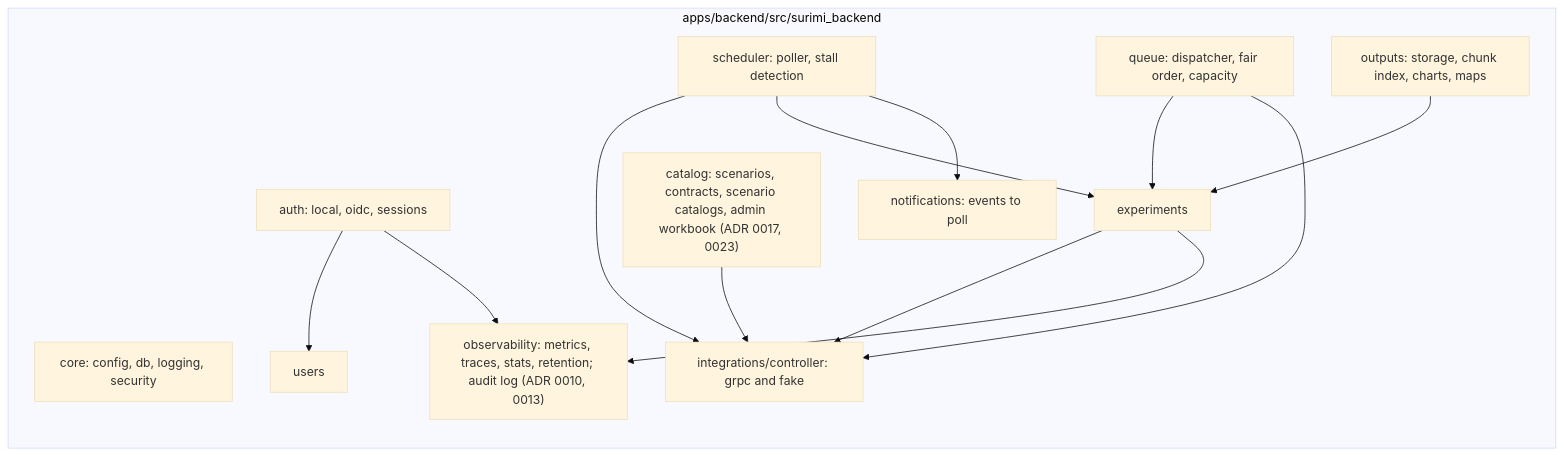
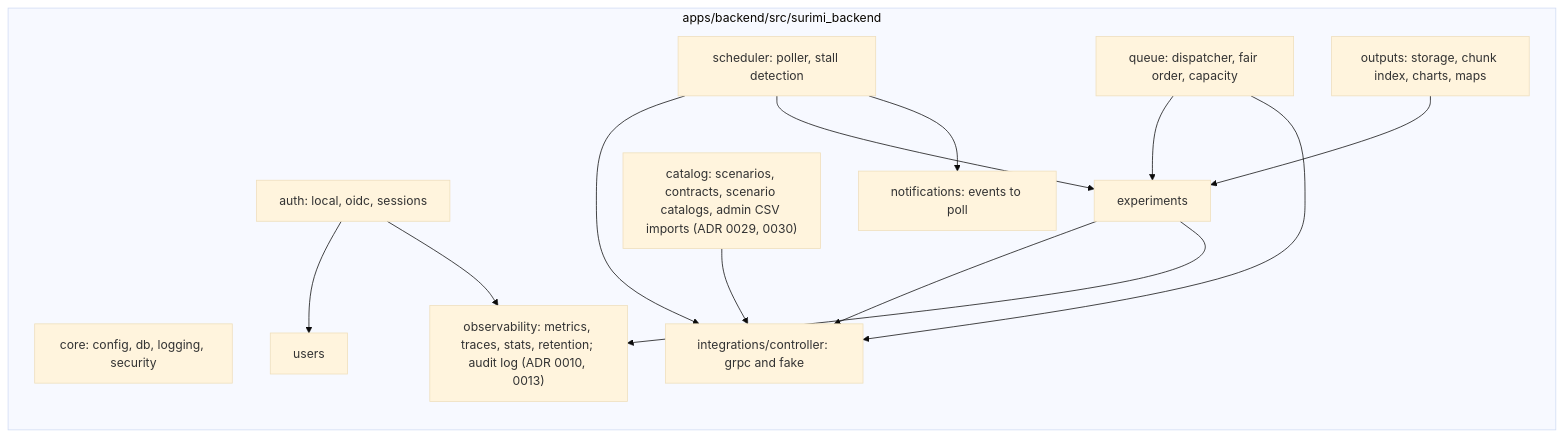
One commit to SURIMI-Project/SURIMI-modelgui changed the fourth of 9 diagrams in docs/ARCHITECTURE.md. Above: the diagram before and after it, drawn with Mermaid (base theme). The commit also changed other lines of this file and 78 other files, not shown here.

````diff
--- a/docs/ARCHITECTURE.md
+++ b/docs/ARCHITECTURE.md
@@ -207,27 +207,27 @@
 ```mermaid
 flowchart LR
     subgraph backend [apps/backend/src/surimi_backend]
         core["core: config, db, logging, security"]
         auth["auth: local, oidc, sessions"]
         users["users"]
-        catalog["catalog: scenarios, contracts, scenario catalogs, admin workbook (ADR 0017, 0023)"]
+        catalog["catalog: scenarios, contracts, scenario catalogs, admin CSV imports (ADR 0029, 0030)"]
         exp["experiments"]
         sched["scheduler: poller, stall detection"]
         queue["queue: dispatcher, fair order, capacity"]
         outputs["outputs: storage, chunk index, charts, maps"]
         notif["notifications: events to poll"]
         obs["observability: metrics, traces, stats, retention; audit log (ADR 0010, 0013)"]
         ctrlc["integrations/controller: grpc and fake"]
     end
     auth --> users
     exp --> ctrlc
     catalog --> ctrlc
     sched --> ctrlc
     sched --> exp
     sched --> notif
     queue --> exp
     queue --> ctrlc
     outputs --> exp
     exp --> obs
     auth --> obs
 ```
````
